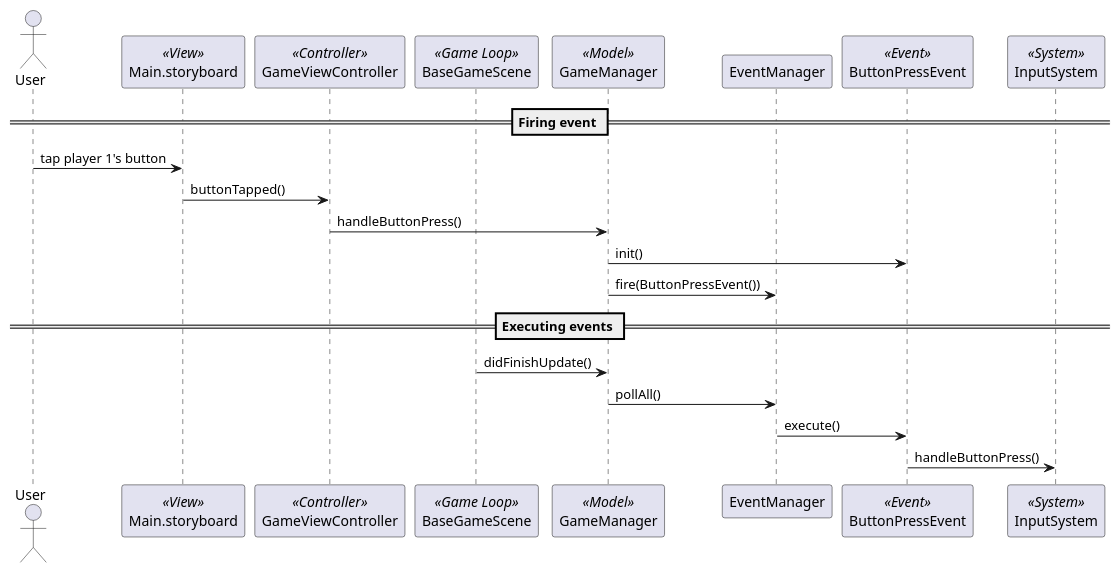
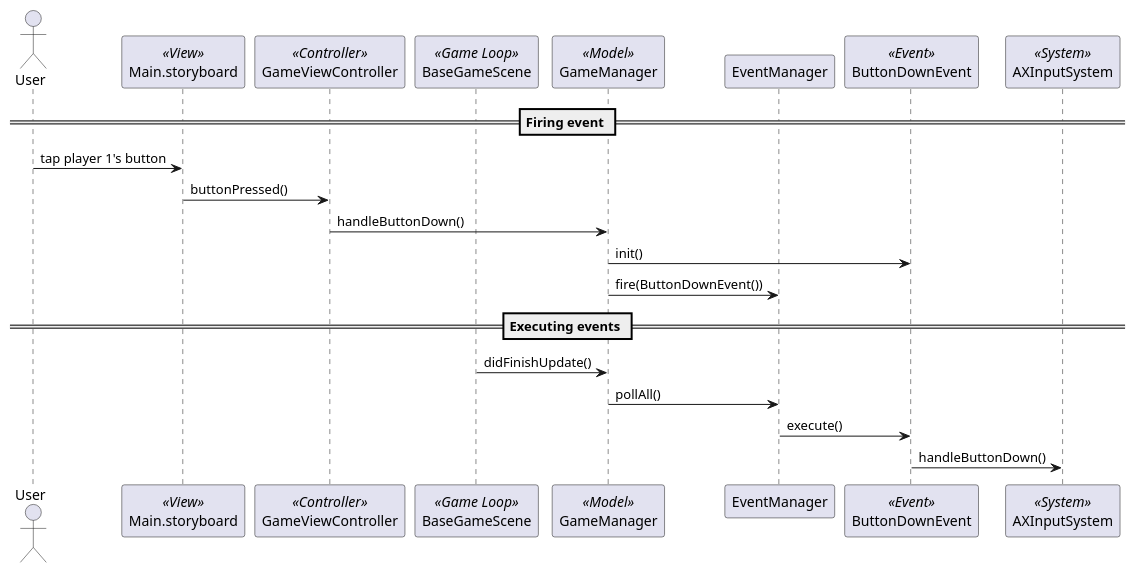
The diagram in diagrams/ButtonPressSequenceDiagram.puml (xlzior/dumb-duels), drawn with PlantUML before and after one commit. The commit also changed 2 other files, not shown here.

Commit message:
Add GameLifecycle diagram

```diff
--- a/diagrams/ButtonPressSequenceDiagram.puml
+++ b/diagrams/ButtonPressSequenceDiagram.puml
@@ -1,27 +1,27 @@
-@startuml ButtonPressSequenceDiagram
+@startuml ButtonDownSequenceDiagram
 
 actor User
 participant Main.storyboard <<View>>
 participant GameViewController <<Controller>>
 participant BaseGameScene <<Game Loop>>
 participant GameManager <<Model>>
 participant EventManager
-participant ButtonPressEvent <<Event>>
-participant InputSystem <<System>>
+participant ButtonDownEvent <<Event>>
+participant AXInputSystem <<System>>
 
 == Firing event ==
 
 User -> Main.storyboard: tap player 1's button
-Main.storyboard -> GameViewController: buttonTapped()
-GameViewController -> GameManager: handleButtonPress()
-GameManager -> ButtonPressEvent: init()
-GameManager -> EventManager: fire(ButtonPressEvent())
+Main.storyboard -> GameViewController: buttonPressed()
+GameViewController -> GameManager: handleButtonDown()
+GameManager -> ButtonDownEvent: init()
+GameManager -> EventManager: fire(ButtonDownEvent())
 
 == Executing events ==
 
 BaseGameScene -> GameManager: didFinishUpdate()
 GameManager -> EventManager: pollAll()
-EventManager -> ButtonPressEvent: execute()
-ButtonPressEvent -> InputSystem: handleButtonPress()
+EventManager -> ButtonDownEvent: execute()
+ButtonDownEvent -> AXInputSystem: handleButtonDown()
 
 @enduml
```
